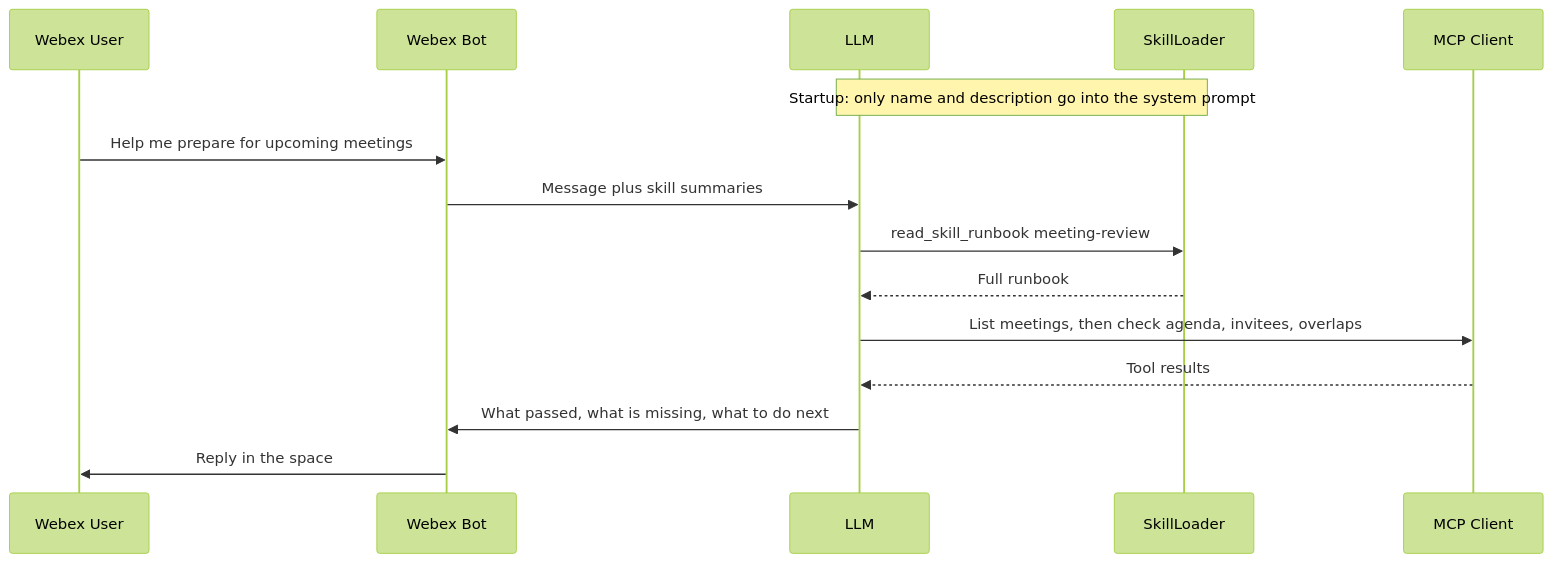
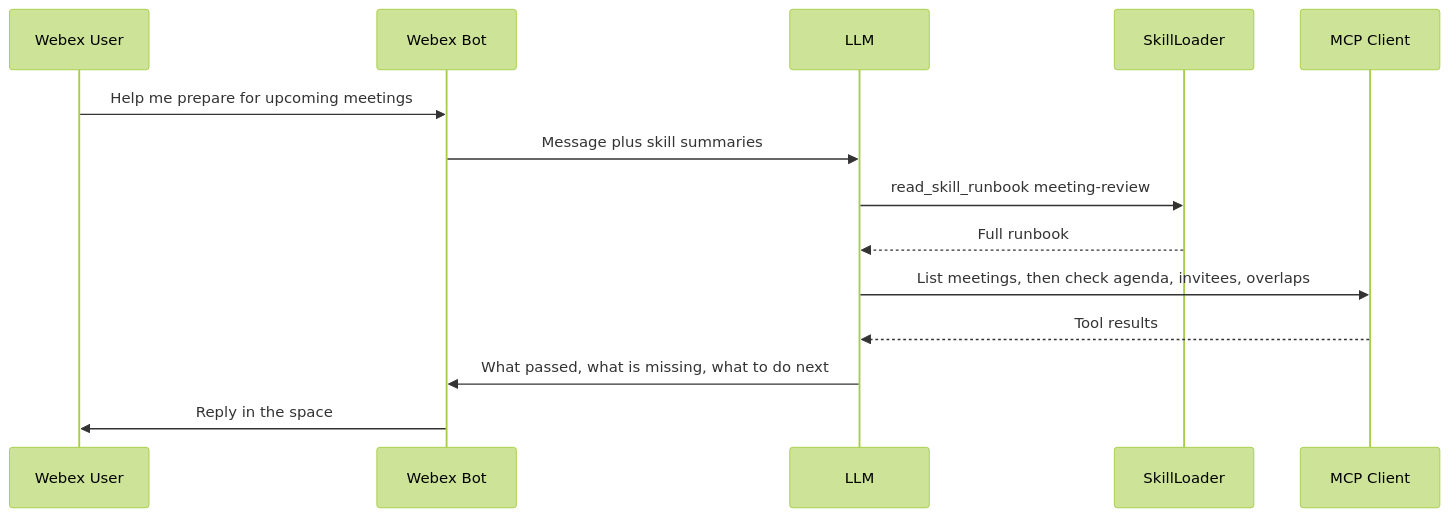
The second of 2 diagrams in docs/lab7_skills.md (WebexCC-SA/LAB-31123), drawn with Mermaid (forest theme) before and after one commit.

````diff
--- a/docs/lab7_skills.md
+++ b/docs/lab7_skills.md
@@ -26,18 +26,17 @@
 ```mermaid
 sequenceDiagram
     participant U as Webex User
     participant B as Webex Bot
     participant A as LLM
     participant L as SkillLoader
     participant C as MCP Client
 
-    Note over L,A: Startup: only name and description go into the system prompt
     U->>B: Help me prepare for upcoming meetings
     B->>A: Message plus skill summaries
     A->>L: read_skill_runbook meeting-review
     L-->>A: Full runbook
     A->>C: List meetings, then check agenda, invitees, overlaps
     C-->>A: Tool results
     A->>B: What passed, what is missing, what to do next
     B->>U: Reply in the space
 ```
````
